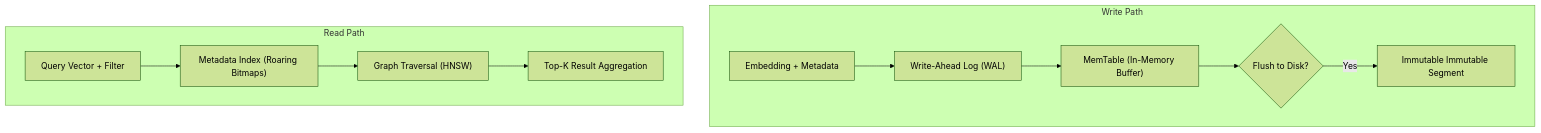
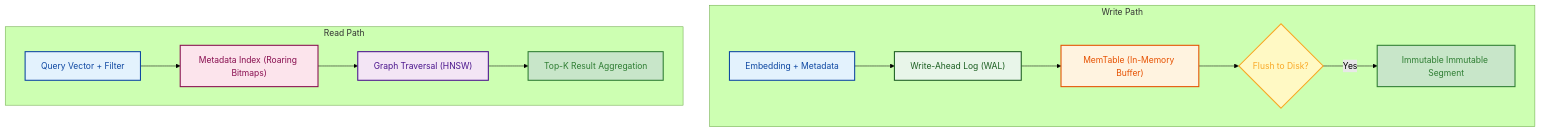
One commit to GyanendraChaubey/AI-Engineering-Notes changed the first of 4 diagrams in docs/05-vector-databases/README.md. Above: the diagram before and after it, drawn with Mermaid (forest theme). The commit also changed other lines of this file and 15 other files, not shown here.

Commit message:
style: apply light color palette to remaining Mermaid diagrams (docs 15 & 16)

````diff
--- a/docs/05-vector-databases/README.md
+++ b/docs/05-vector-databases/README.md
@@ -13,15 +13,24 @@
 ```mermaid
 flowchart TD
     subgraph WritePath ["Write Path"]
         A["Embedding + Metadata"] --> B["Write-Ahead Log (WAL)"]
         B --> C["MemTable (In-Memory Buffer)"]
         C --> D{"Flush to Disk?"}
         D -->|Yes| E["Immutable Immutable Segment"]
     end
     
     subgraph ReadPath ["Read Path"]
         F["Query Vector + Filter"] --> G["Metadata Index (Roaring Bitmaps)"]
         G --> H["Graph Traversal (HNSW)"]
         H --> I["Top-K Result Aggregation"]
     end
+    style A fill:#e3f2fd,stroke:#0d47a1,stroke-width:2px,color:#0d47a1
+    style B fill:#e8f5e9,stroke:#1b5e20,stroke-width:2px,color:#1b5e20
+    style C fill:#fff3e0,stroke:#e65100,stroke-width:2px,color:#e65100
+    style D fill:#fff9c4,stroke:#f9a825,stroke-width:2px,color:#f9a825
+    style E fill:#c8e6c9,stroke:#2e7d32,stroke-width:2px,color:#2e7d32
+    style F fill:#e3f2fd,stroke:#0d47a1,stroke-width:2px,color:#0d47a1
+    style G fill:#fce4ec,stroke:#880e4f,stroke-width:2px,color:#880e4f
+    style H fill:#f3e5f5,stroke:#4a148c,stroke-width:2px,color:#4a148c
+    style I fill:#c8e6c9,stroke:#2e7d32,stroke-width:2px,color:#2e7d32
 ```
````
